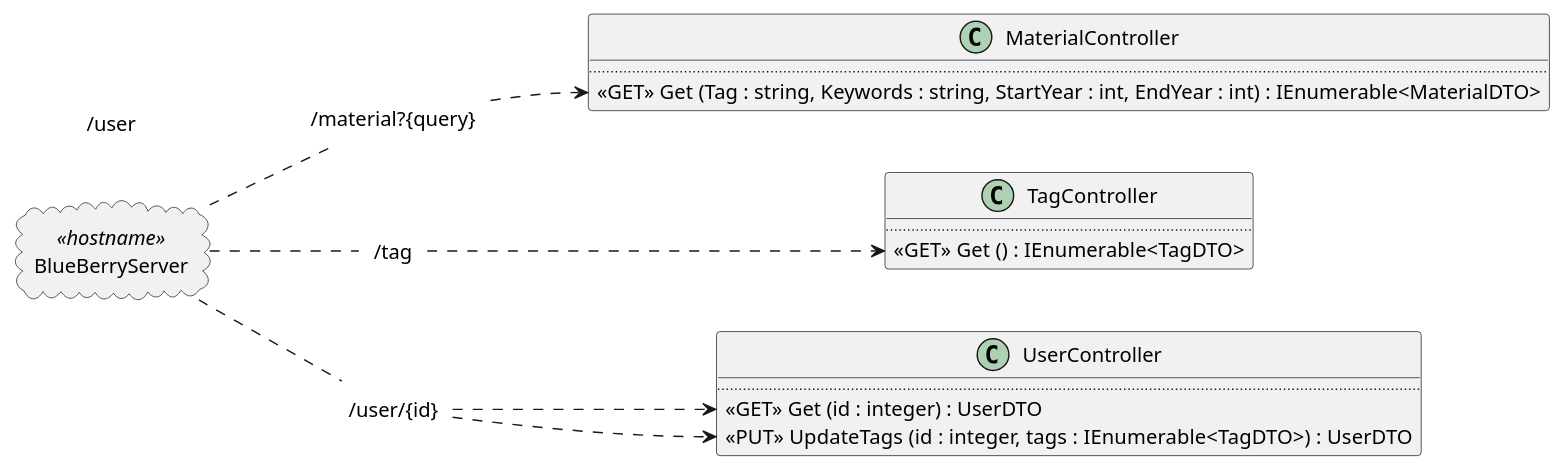
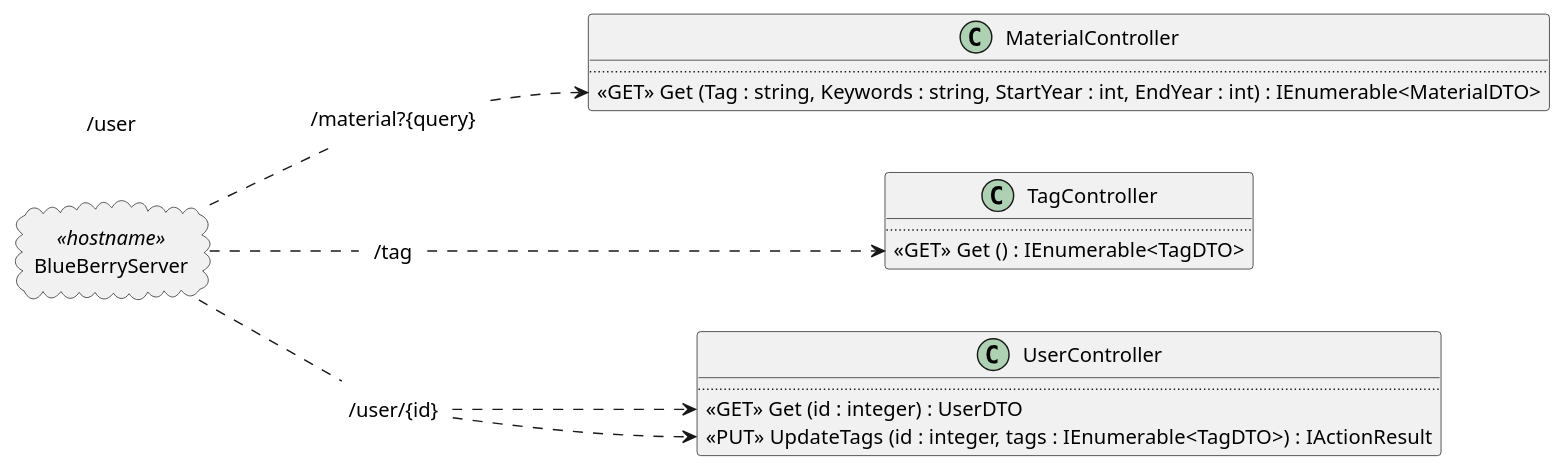
Before and after one commit to toffernator/blueberry: the diagram in docs/uml/controllers.puml, drawn with PlantUML. The commit also changed 3 other files, not shown here.

```diff
--- a/docs/uml/controllers.puml
+++ b/docs/uml/controllers.puml
@@ -1,40 +1,40 @@
 @startuml
 left to right direction
 allowmixing
 
 cloud BlueBerryServer <<hostname>>
 
 class UserController {
   ..
   <<GET>> Get (id : integer) : UserDTO
-  <<PUT>> UpdateTags (id : integer, tags : IEnumerable<TagDTO>) : UserDTO
+  <<PUT>> UpdateTags (id : integer, tags : IEnumerable<TagDTO>) : IActionResult 
 }
 
 class MaterialController {
   ..
   <<GET>> Get (Tag : string, Keywords : string, StartYear : int, EndYear : int) : IEnumerable<MaterialDTO>
 }
 
 class TagController {
   ..
   <<GET>> Get () : IEnumerable<TagDTO>
 }
 label "/material?{query}" as material
 
 label "/tag" as tag
 
 label "/user/{id}" as userid
 label "/user" as user
 
 BlueBerryServer -. material
 material -.> MaterialController::Get 
 
 BlueBerryServer -. tag
 tag -.> TagController::Get
 
 
 BlueBerryServer -. userid
 userid -.> UserController::Get   
 userid -.> UserController::UpdateTags
 
 @enduml
```
